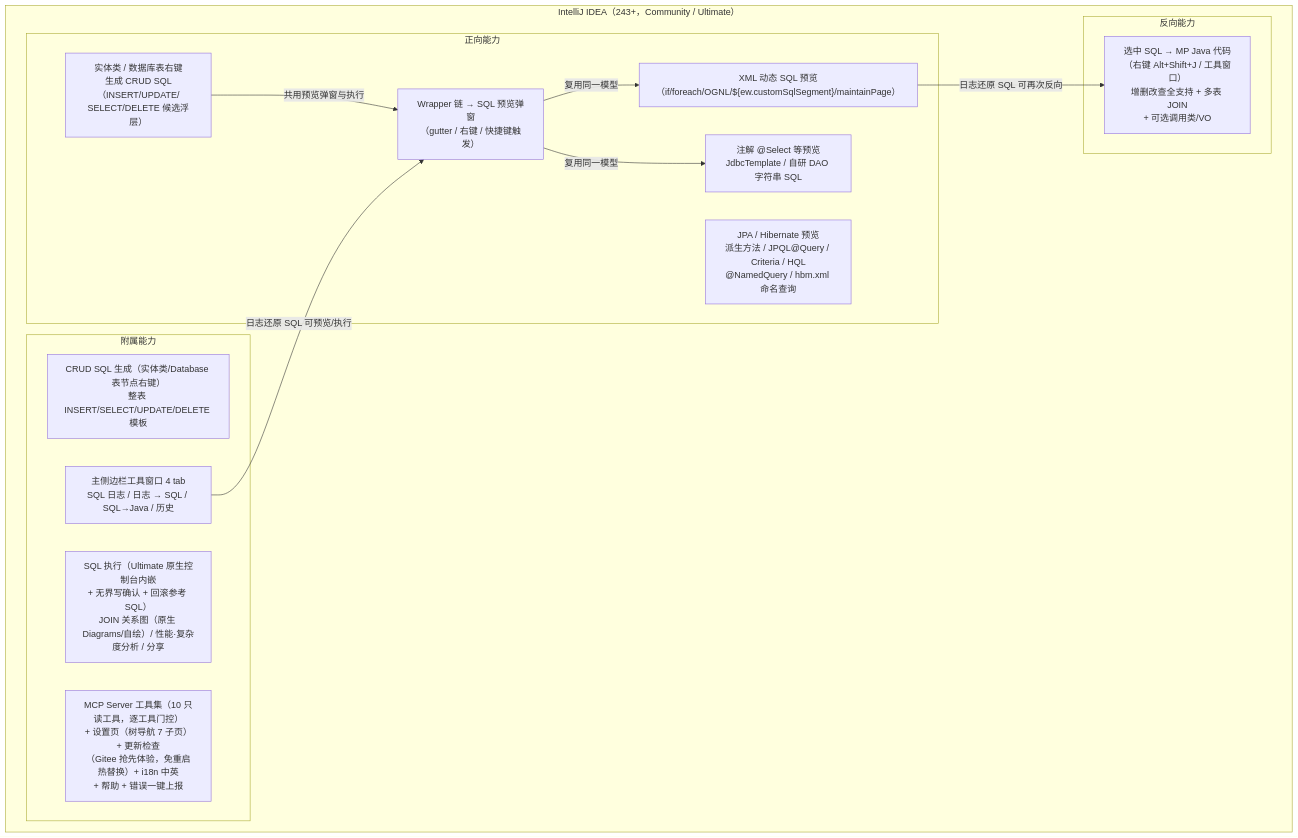
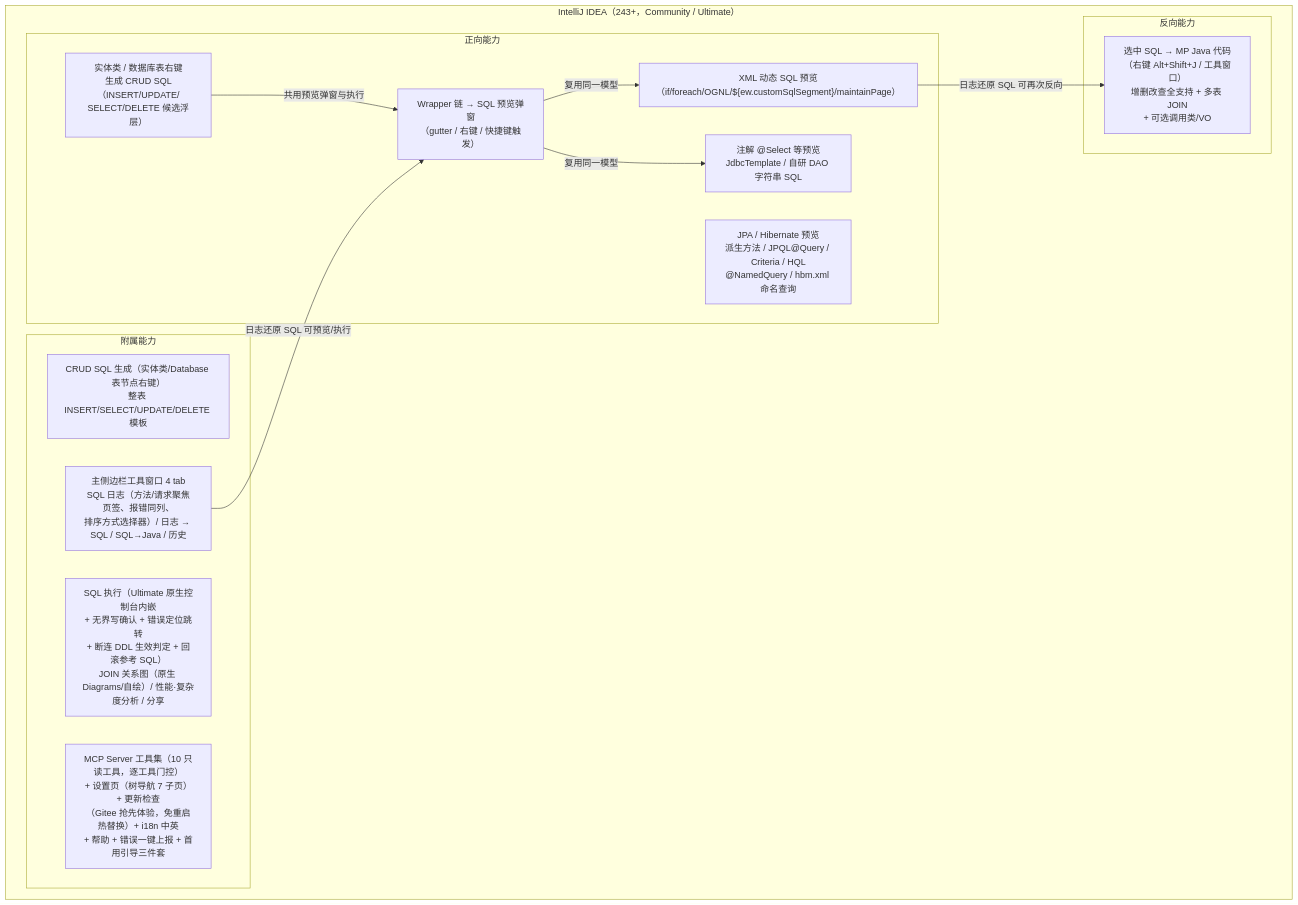
One commit to JayF211/mybatis-plus-sql-visualizer changed the first of 5 diagrams in docs/架构设计/01-项目架构总览.md. Above: the diagram before and after it, drawn with Mermaid. The commit also changed other lines of this file and 2 other files, not shown here.

````diff
--- a/docs/架构设计/01-项目架构总览.md
+++ b/docs/架构设计/01-项目架构总览.md
@@ -18,26 +18,26 @@
 ```mermaid
 flowchart TD
     subgraph IDE["IntelliJ IDEA（243+，Community / Ultimate）"]
         subgraph 正向能力
             F1["Wrapper 链 → SQL 预览弹窗<br/>（gutter / 右键 / 快捷键触发）"]
             F2["XML 动态 SQL 预览<br/>（if/foreach/OGNL/${ew.customSqlSegment}/maintainPage）"]
             F3["注解 @Select 等预览<br/>JdbcTemplate / 自研 DAO 字符串 SQL"]
             F4["JPA / Hibernate 预览<br/>派生方法 / JPQL@Query / Criteria / HQL<br/>@NamedQuery / hbm.xml 命名查询"]
             F5["实体类 / 数据库表右键<br/>生成 CRUD SQL（INSERT/UPDATE/<br/>SELECT/DELETE 候选浮层）"]
         end
         subgraph 反向能力
             R1["选中 SQL → MP Java 代码<br/>（右键 Alt+Shift+J / 工具窗口）<br/>增删改查全支持 + 多表 JOIN<br/>+ 可选调用类/VO"]
         end
         subgraph 附属能力
             S0["CRUD SQL 生成（实体类/Database 表节点右键）<br/>整表 INSERT/SELECT/UPDATE/DELETE 模板"]
-            S1["主侧边栏工具窗口 4 tab<br/>SQL 日志 / 日志 → SQL / SQL→Java / 历史"]
-            S2["SQL 执行（Ultimate 原生控制台内嵌<br/>+ 无界写确认 + 回滚参考 SQL）<br/>JOIN 关系图（原生 Diagrams/自绘）/ 性能·复杂度分析 / 分享"]
-            S3["MCP Server 工具集（10 只读工具，逐工具门控）<br/>+ 设置页（树导航 7 子页）+ 更新检查<br/>（Gitee 抢先体验，免重启热替换）+ i18n 中英<br/>+ 帮助 + 错误一键上报"]
+            S1["主侧边栏工具窗口 4 tab<br/>SQL 日志（方法/请求聚焦页签、报错同列、<br/>排序方式选择器）/ 日志 → SQL / SQL→Java / 历史"]
+            S2["SQL 执行（Ultimate 原生控制台内嵌<br/>+ 无界写确认 + 错误定位跳转<br/>+ 断连 DDL 生效判定 + 回滚参考 SQL）<br/>JOIN 关系图（原生 Diagrams/自绘）/ 性能·复杂度分析 / 分享"]
+            S3["MCP Server 工具集（10 只读工具，逐工具门控）<br/>+ 设置页（树导航 7 子页）+ 更新检查<br/>（Gitee 抢先体验，免重启热替换）+ i18n 中英<br/>+ 帮助 + 错误一键上报 + 首用引导三件套"]
         end
     end
     F1 -->|"复用同一模型"| F2
     F1 -->|"复用同一模型"| F3
     F5 -->|"共用预览弹窗与执行"| F1
     F2 -->|"日志还原 SQL 可再次反向"| R1
     S1 -->|"日志还原 SQL 可预览/执行"| F1
 ```
````
